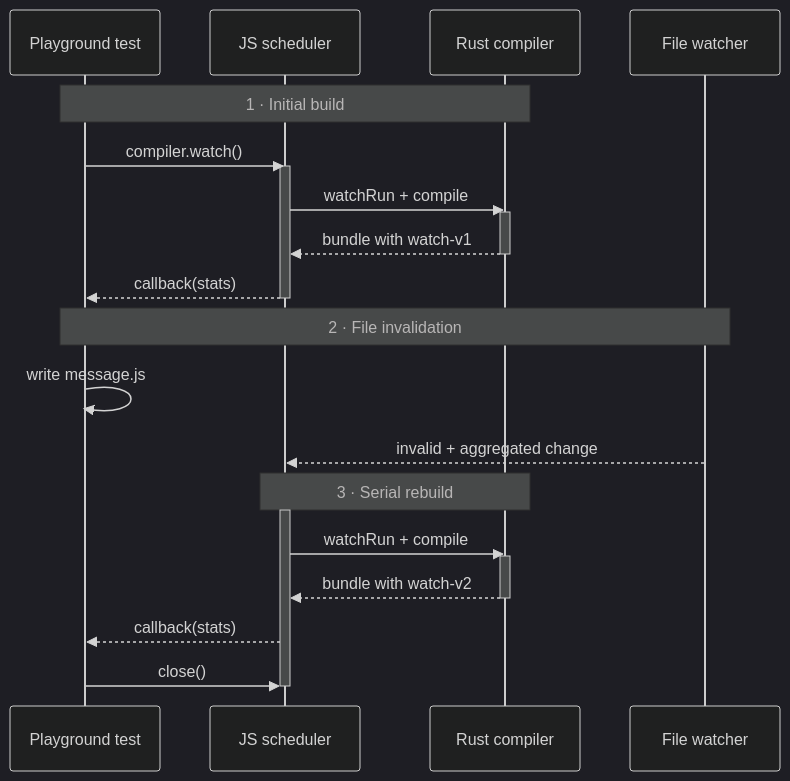
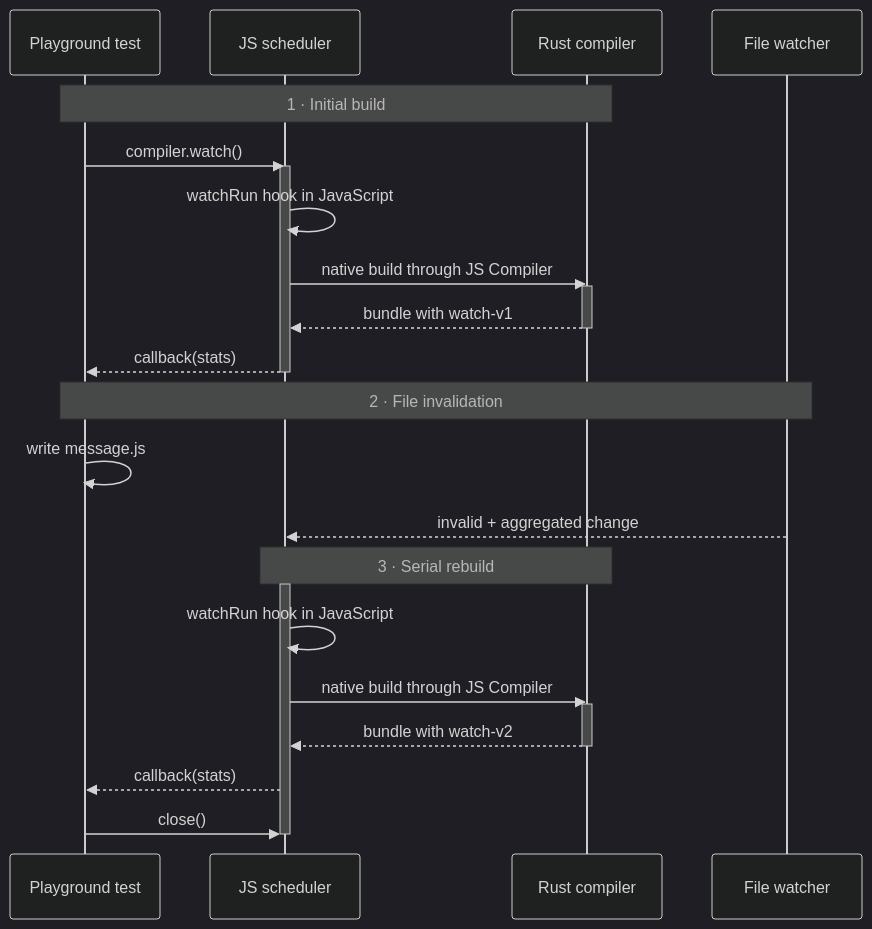
The fourth of 4 diagrams in src/content/posts/feopack-watch-mode.md (CoderSerio/blog), drawn with Mermaid (dark theme) before and after one commit. The commit also changed other lines of this file and 1 other file, not shown here.

Commit message:
docs: clarify watch mode and incremental build chapters

````diff
--- a/src/content/posts/feopack-watch-mode.md
+++ b/src/content/posts/feopack-watch-mode.md
@@ -301,33 +313,35 @@
 ```mermaid
 %% editorial %%
 %% label: Feopack · one invalidation cycle %%
 sequenceDiagram
   participant Test as Playground test
   participant Watching as JS scheduler
   participant Compiler as Rust compiler
   participant Watchpack as File watcher
 
   Note over Test,Compiler: 1 · Initial build
   Test->>Watching: compiler.watch()
   activate Watching
-  Watching->>Compiler: watchRun + compile
+  Watching->>Watching: watchRun hook in JavaScript
+  Watching->>Compiler: native build through JS Compiler
   activate Compiler
   Compiler-->>Watching: bundle with watch-v1
   deactivate Compiler
   Watching-->>Test: callback(stats)
   deactivate Watching
 
   Note over Test,Watchpack: 2 · File invalidation
   Test->>Test: write message.js
   Watchpack-->>Watching: invalid + aggregated change
 
   Note over Watching,Compiler: 3 · Serial rebuild
   activate Watching
-  Watching->>Compiler: watchRun + compile
+  Watching->>Watching: watchRun hook in JavaScript
+  Watching->>Compiler: native build through JS Compiler
   activate Compiler
   Compiler-->>Watching: bundle with watch-v2
   deactivate Compiler
   Watching-->>Test: callback(stats)
   Test->>Watching: close()
   deactivate Watching
 ```
````
